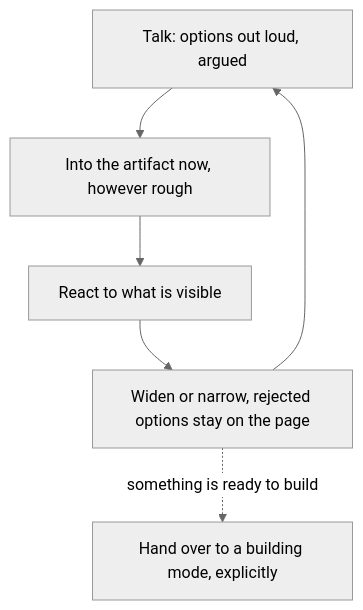
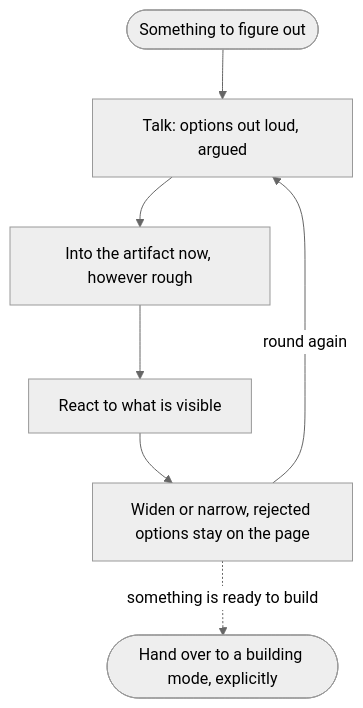
The diagram in skills/mode/modes/studio.md (EthanITA/Mode), drawn with Mermaid (neutral theme) before and after one commit. The commit also changed 17 other files, not shown here.

Commit message:
docs(modes): every diagram opens on its trigger, draws its loops and marks its exits

````diff
--- a/skills/mode/modes/studio.md
+++ b/skills/mode/modes/studio.md
@@ -25,8 +25,9 @@
 ```mermaid
 flowchart TD
-    T[Talk: options out loud, argued] --> U[Into the artifact now, however rough]
+    S([Something to figure out]) --> T[Talk: options out loud, argued]
+    T --> U[Into the artifact now, however rough]
     U --> R[React to what is visible]
     R --> W[Widen or narrow, rejected options stay on the page]
-    W --> T
-    W -. something is ready to build .-> H[Hand over to a building mode, explicitly]
+    W -- round again --> T
+    W -. something is ready to build .-> H([Hand over to a building mode, explicitly])
 ```
````
